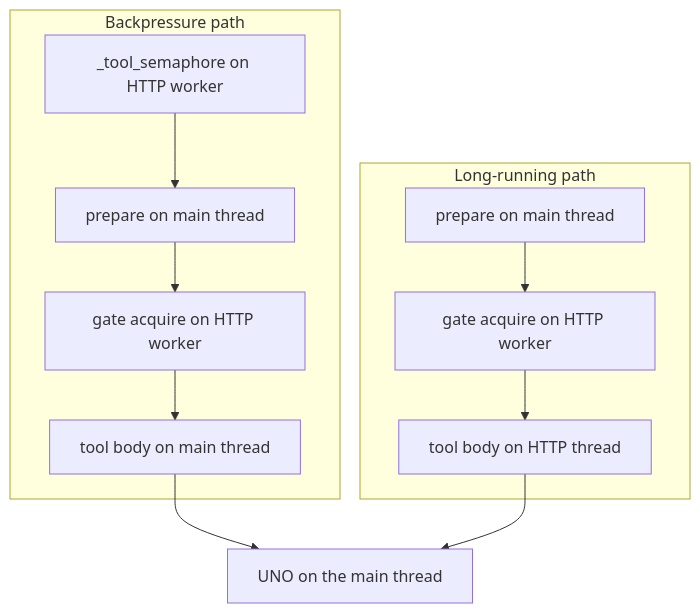
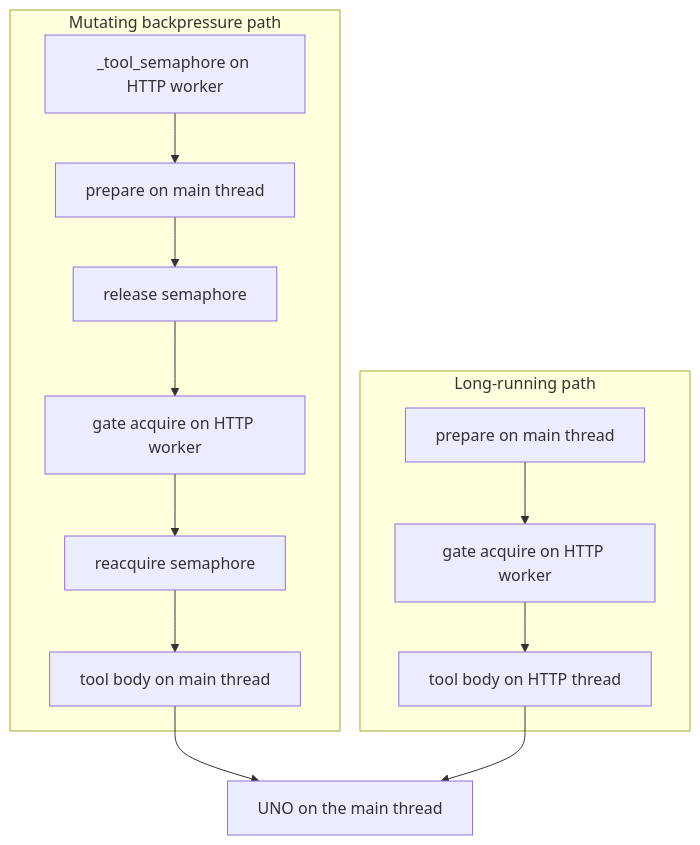
The first of 3 diagrams in docs/framework/threading.md (Babbletrax/LibreOffice-Scribe), drawn with Mermaid before and after one commit. The commit also changed other lines of this file and 6 other files, not shown here.

First line of the commit message:
mcp: release tool semaphore before per-document gate in backpressure path (#1607)

````diff
--- a/docs/framework/threading.md
+++ b/docs/framework/threading.md
@@ -38,18 +38,20 @@
 ```mermaid
 flowchart TB
-    subgraph backpressure [Backpressure path]
+    subgraph backpressure [Mutating backpressure path]
         Sem["_tool_semaphore on HTTP worker"]
         PrepBp["prepare on main thread"]
+        Rel["release semaphore"]
         GateBp["gate acquire on HTTP worker"]
+        Sem2["reacquire semaphore"]
         BodyBp["tool body on main thread"]
-        Sem --> PrepBp --> GateBp --> BodyBp
+        Sem --> PrepBp --> Rel --> GateBp --> Sem2 --> BodyBp
     end
     subgraph longrun [Long-running path]
         PrepLr["prepare on main thread"]
         GateLr["gate acquire on HTTP worker"]
         BodyLr["tool body on HTTP thread"]
         PrepLr --> GateLr --> BodyLr
     end
     BodyBp --> Uno["UNO on the main thread"]
     BodyLr --> Uno
 ```
````
